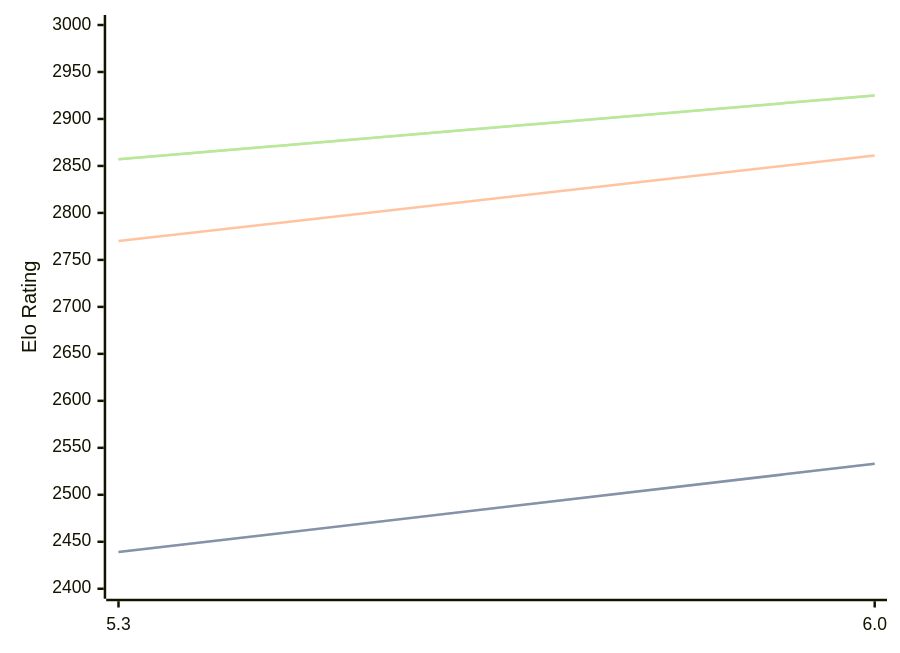
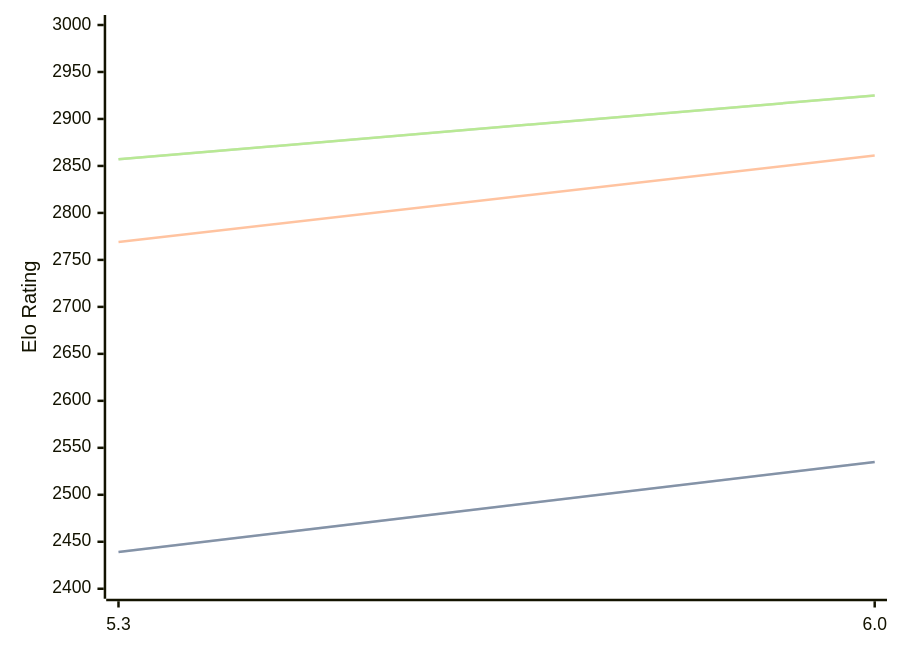
One commit to computer-chess-index/cci changed the diagram in engines/tomitankChess.md. Above: the diagram before and after it, drawn with Mermaid. The commit also changed other lines of this file, not shown here.

````diff
--- a/engines/tomitankChess.md
+++ b/engines/tomitankChess.md
@@ -40,11 +40,11 @@
 ```mermaid
 %%{init: {"theme":"base","themeVariables":{"seriesColors:['#a3a3a3','#222221','#faa371']}}}%%
 xychart-beta
   x-axis ["5.3", "6.0"]
   y-axis "Elo Rating" 2400 --> 3000
-  line "STC (8.0+0.08s)" [2439, 2533]
-  line "STC (8.0+0.08s)" [2439, 2533]
-  line "LTC (60.0+0.60s)" [2770, 2861]
+  line "STC (8.0+0.08s)" [2439, 2535]
+  line "STC (8.0+0.08s)" [2439, 2535]
+  line "LTC (60.0+0.60s)" [2769, 2861]
   line "VLTC (2m24s+1.12s)" [2857, 2925]
   line "VLTC (2m24s+1.12s)" [2857, 2925]
 ```
````
